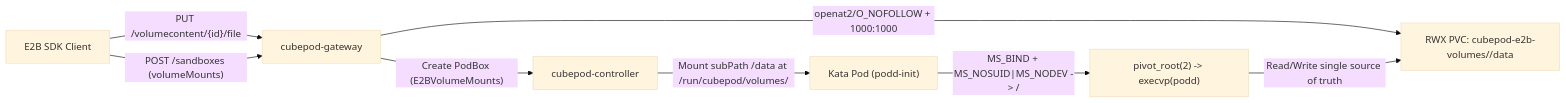
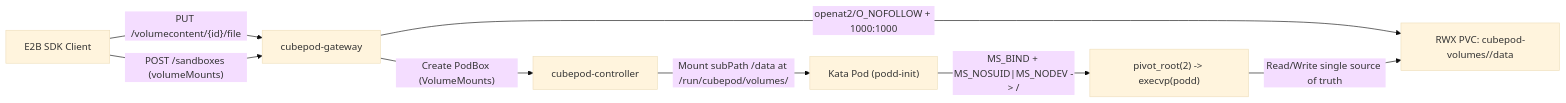
The diagram in docs/enhancements/0026-k8s-kata-e2b-volumes/README.md (cubeplexai/cubepod), drawn with Mermaid (base theme) before and after one commit. The commit also changed other lines of this file and 53 other files, not shown here.

````diff
--- a/docs/enhancements/0026-k8s-kata-e2b-volumes/README.md
+++ b/docs/enhancements/0026-k8s-kata-e2b-volumes/README.md
@@ -202,10 +202,10 @@
 ```mermaid
 flowchart LR
     SDK["E2B SDK Client"] -->|"PUT /volumecontent/{id}/file"| GW["cubepod-gateway"]
-    GW -->|"openat2/O_NOFOLLOW + 1000:1000"| RWX["RWX PVC: cubepod-e2b-volumes/<id>/data"]
+    GW -->|"openat2/O_NOFOLLOW + 1000:1000"| RWX["RWX PVC: cubepod-volumes/<id>/data"]
     SDK -->|"POST /sandboxes (volumeMounts)"| GW
-    GW -->|"Create PodBox (E2BVolumeMounts)"| CTRL["cubepod-controller"]
+    GW -->|"Create PodBox (VolumeMounts)"| CTRL["cubepod-controller"]
     CTRL -->|"Mount subPath <id>/data at /run/cubepod/volumes/<id>"| KATA["Kata Pod (podd-init)"]
     KATA -->|"MS_BIND + MS_NOSUID|MS_NODEV -> <merged>/<target>"| PIVOT["pivot_root(2) -> execvp(podd)"]
     PIVOT -->|"Read/Write single source of truth"| RWX
 ```
````
